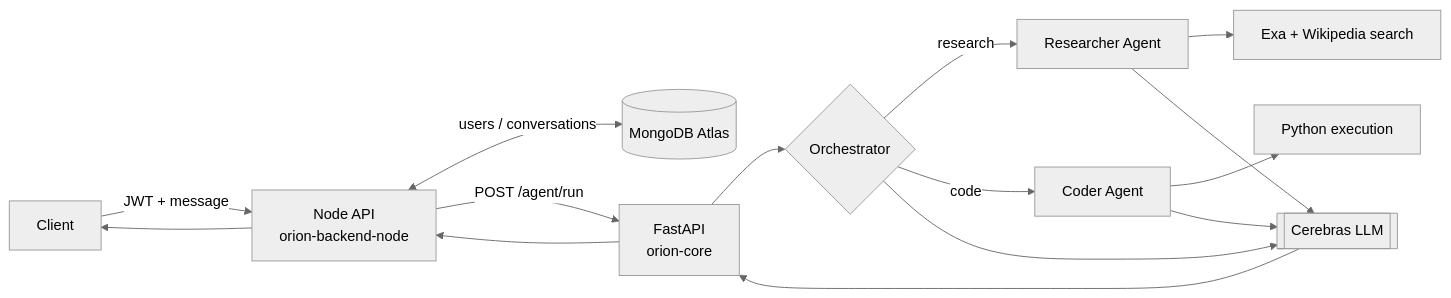
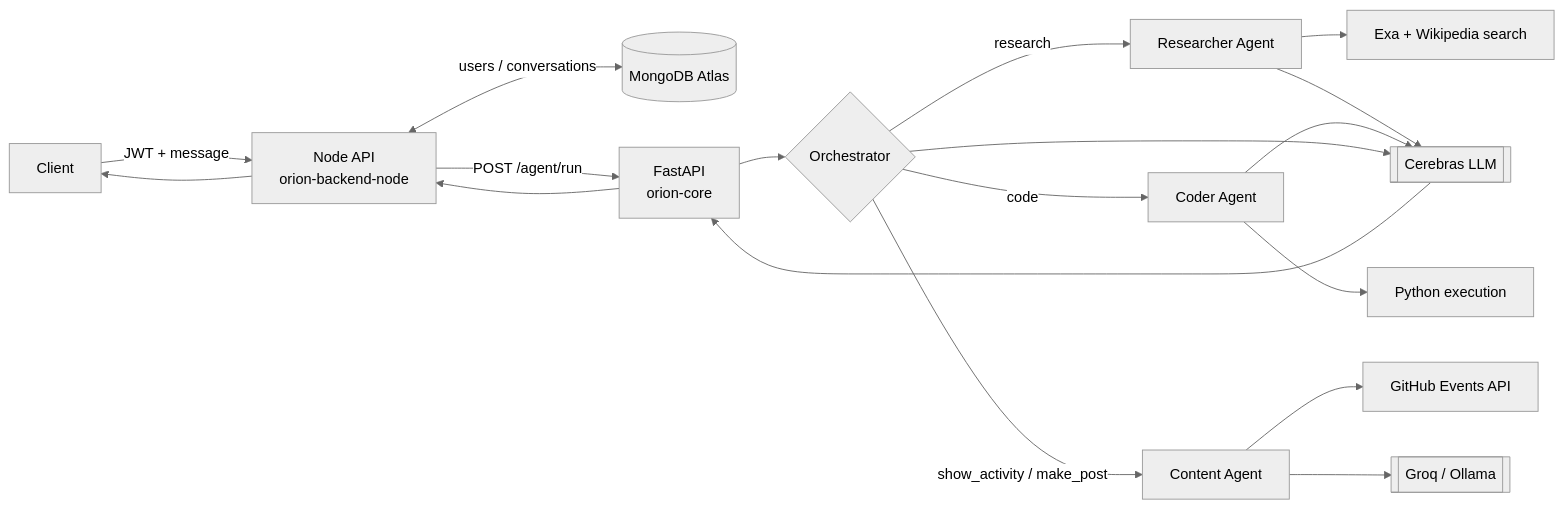
One commit to shivansh-arch/Orion changed the diagram in README.md. Above: the diagram before and after it, drawn with Mermaid (neutral theme). The commit also changed other lines of this file, not shown here.

````diff
--- a/README.md
+++ b/README.md
@@ -9,15 +9,18 @@
 ```mermaid
 flowchart LR
     U[Client] -->|JWT + message| N[Node API<br/>orion-backend-node]
     N <-->|users / conversations| DB[(MongoDB Atlas)]
     N -->|POST /agent/run| P[FastAPI<br/>orion-core]
     P --> O{Orchestrator}
     O -->|research| R[Researcher Agent]
     O -->|code| C[Coder Agent]
+    O -->|show_activity / make_post| CA[Content Agent]
     R --> S[Exa + Wikipedia search]
     C --> X[Python execution]
+    CA --> GH[GitHub Events API]
+    CA --> LLM2[[Groq / Ollama]]
     R --> L[[Cerebras LLM]]
     C --> L
     O --> L
     L --> P --> N --> U
 ```
````
